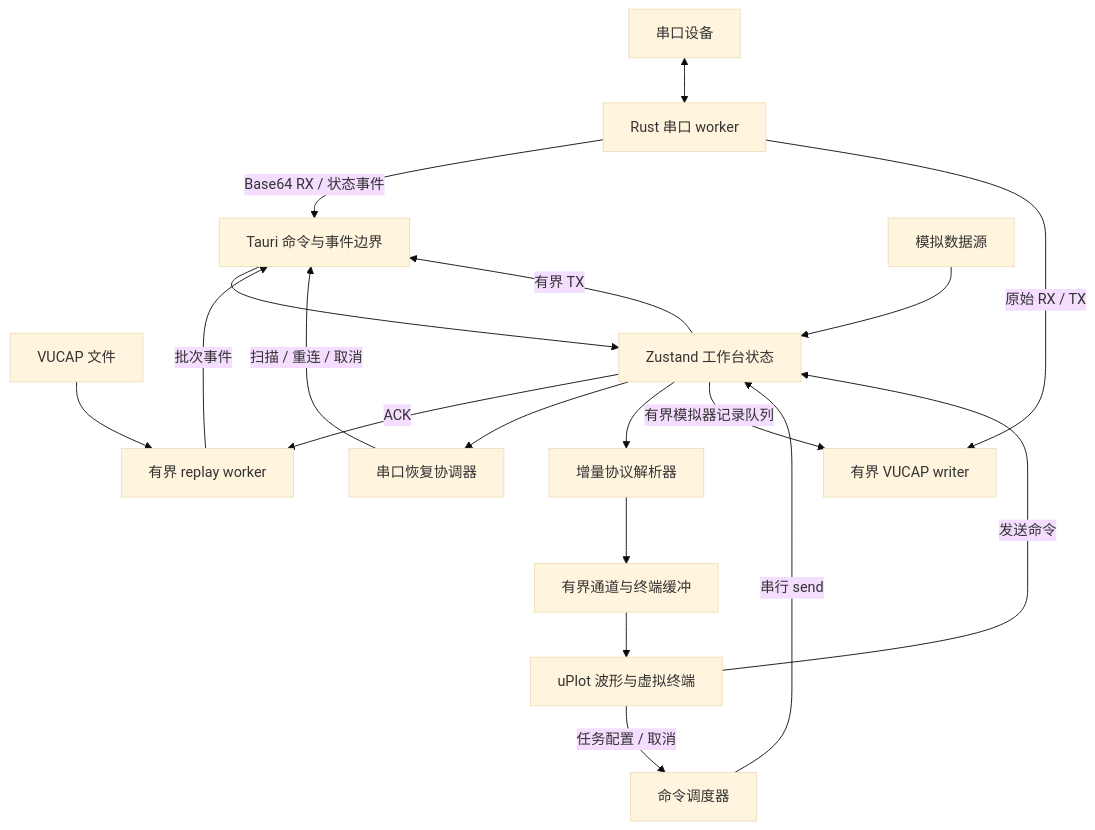
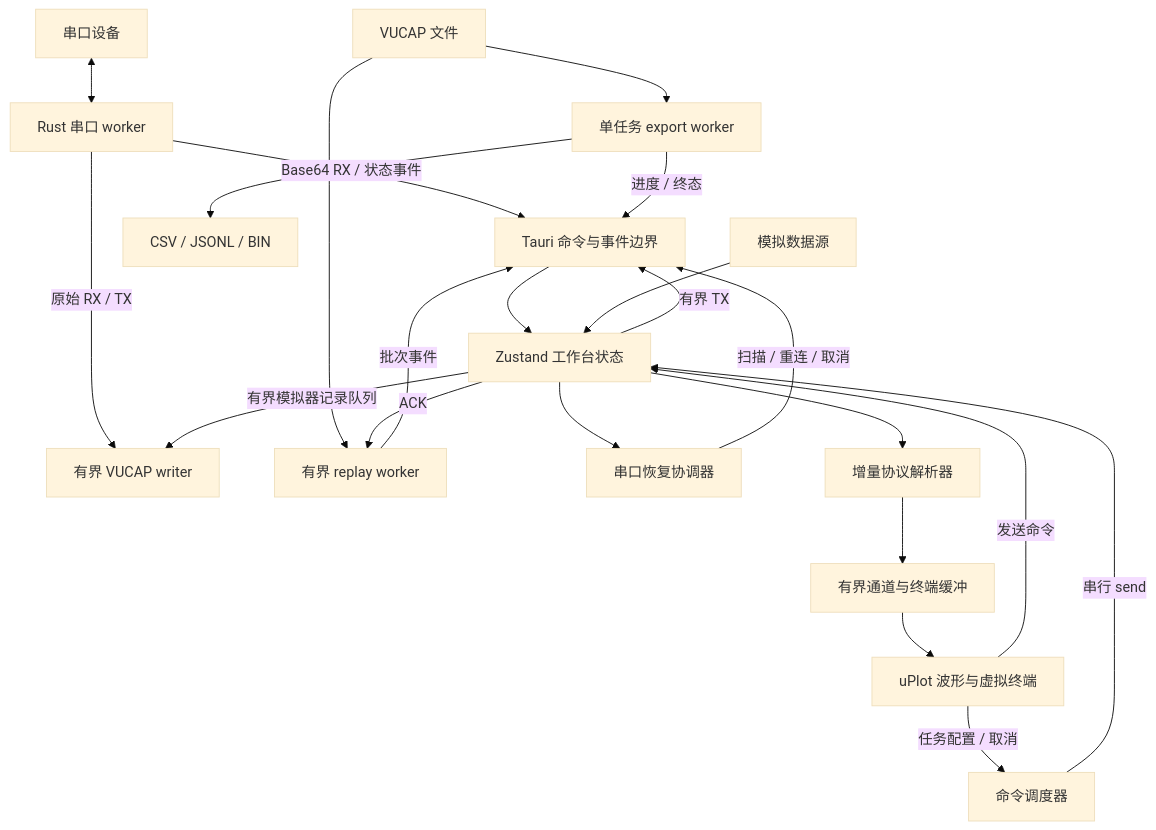
Before and after one commit to woai66/Vofa-Ultra: the first of 2 diagrams in docs/architecture.md, drawn with Mermaid (base theme). The commit also changed other lines of this file and 19 other files, not shown here.

````diff
--- a/docs/architecture.md
+++ b/docs/architecture.md
@@ -8,21 +8,24 @@
 ```mermaid
 flowchart TB
     Device[串口设备] <--> Worker[Rust 串口 worker]
     Worker -->|Base64 RX / 状态事件| Bridge[Tauri 命令与事件边界]
     Worker -->|原始 RX / TX| Recorder[有界 VUCAP writer]
     CaptureFile[VUCAP 文件] --> Replayer[有界 replay worker]
+    CaptureFile --> Exporter[单任务 export worker]
+    Exporter --> ExportFile[CSV / JSONL / BIN]
+    Exporter -->|进度 / 终态| Bridge
     Replayer -->|批次事件| Bridge
     Store -->|ACK| Replayer
     Bridge --> Store[Zustand 工作台状态]
     Store --> Recovery[串口恢复协调器]
     Recovery -->|扫描 / 重连 / 取消| Bridge
     Store --> Parsers[增量协议解析器]
     Parsers --> Buffers[有界通道与终端缓冲]
     Buffers --> Views[uPlot 波形与虚拟终端]
     Views -->|任务配置 / 取消| Commands[命令调度器]
     Commands -->|串行 send| Store
     Simulator[模拟数据源] --> Store
     Store -->|有界模拟器记录队列| Recorder
     Views -->|发送命令| Store
     Store -->|有界 TX| Bridge
 ```
````
